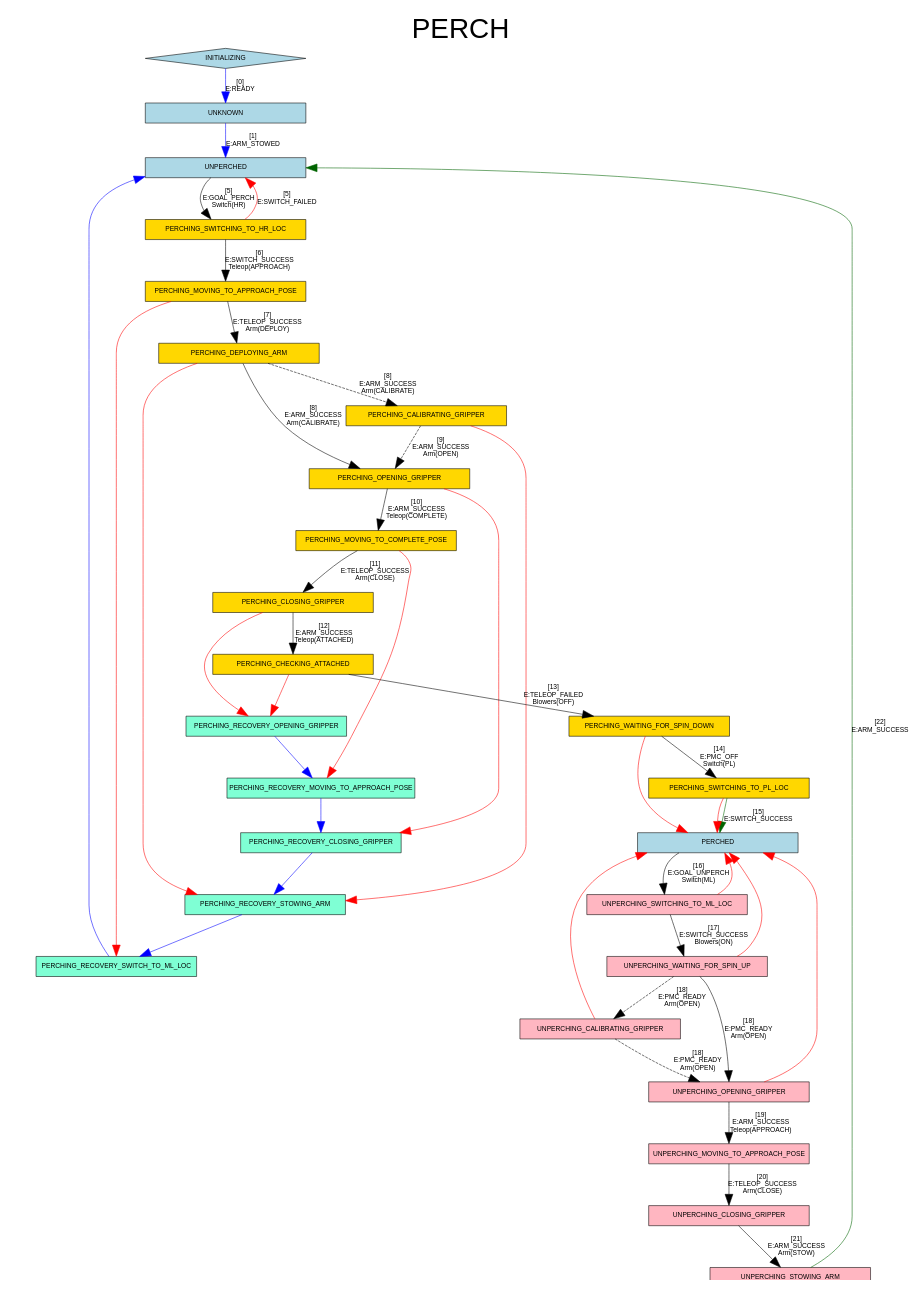
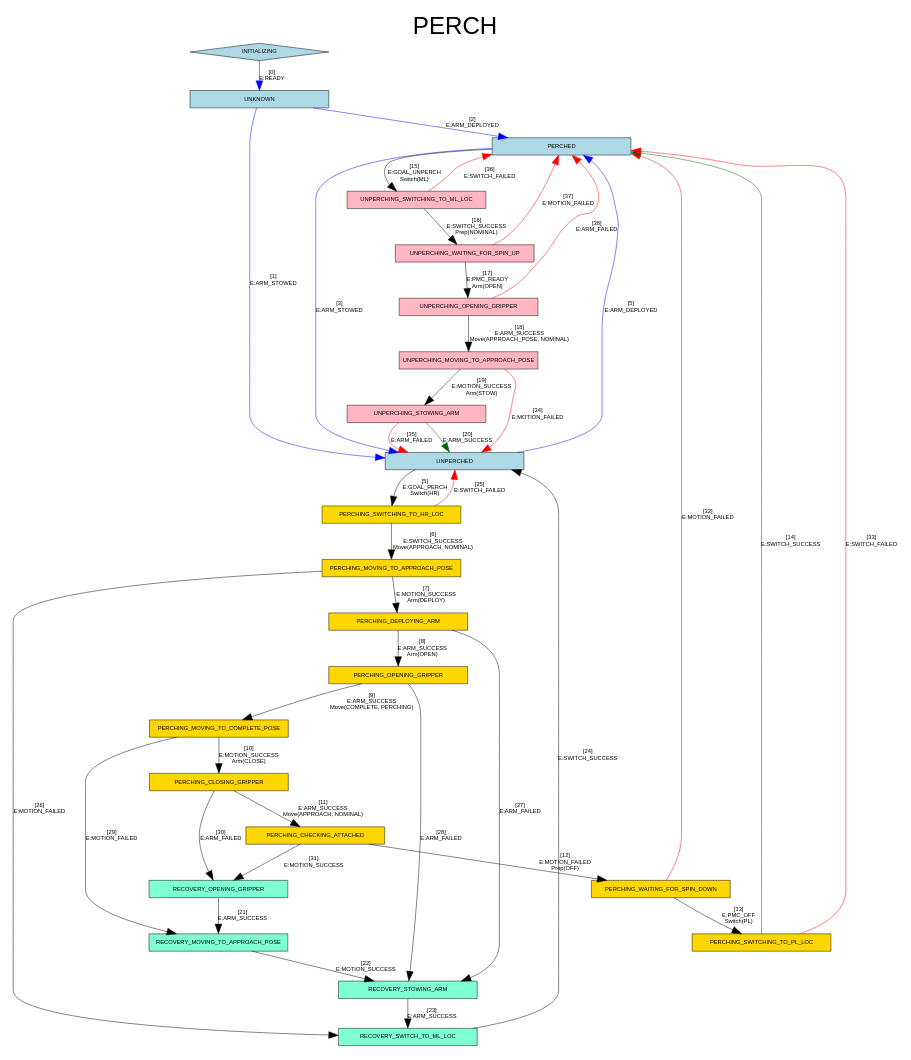
One commit to nasa/astrobee changed the diagram in behaviors/perch/perch_fsm.dot. Above: the diagram before and after it, drawn with Graphviz. The commit also changed 409 other files, not shown here.

```diff
--- a/behaviors/perch/perch_fsm.dot
+++ b/behaviors/perch/perch_fsm.dot
@@ -1,140 +1,130 @@
-# dot -Tpdf statemachine.dot -o statemachine.pdf
+# dot -Tpdf perch_fsm.dot -o perch_fsm.pdf
 digraph G {
   graph [label="PERCH\n", labelloc=t, fontsize=50];
   ratio="fill";
   size="8.3,11.7!";
   node [shape=box, width=4, fontsize=12, fontname="helvetica"];
   edge [arrowsize=2, weight=2., fontsize=12, fontname="helvetica"];
   fontname = "helvetica";
 
   node [shape=diamond, style=filled, fillcolor=lightblue, color=black];
   INITIALIZING;
 
   node [shape=box, style=filled, fillcolor=lightblue, color=black];
   UNKNOWN;
+  PERCHED;
   UNPERCHED;
-  PERCHED;
 
-  node [shape=box, style=filled, fillcolor=aquamarine, color=black]; 
-  PERCHING_RECOVERY_CLOSING_GRIPPER;
-  PERCHING_RECOVERY_STOWING_ARM;
-  PERCHING_RECOVERY_OPENING_GRIPPER;
-  PERCHING_RECOVERY_MOVING_TO_APPROACH_POSE;
-  PERCHING_RECOVERY_SWITCH_TO_ML_LOC;
+  node [shape=box, style=filled, fillcolor=aquamarine, color=black];
+  RECOVERY_OPENING_GRIPPER;
+  RECOVERY_MOVING_TO_APPROACH_POSE;
+  RECOVERY_STOWING_ARM;
+  RECOVERY_SWITCH_TO_ML_LOC;
 
   node [shape=box, style=filled, fillcolor=gold, color=black];
   PERCHING_SWITCHING_TO_HR_LOC;
   PERCHING_MOVING_TO_APPROACH_POSE;
   PERCHING_DEPLOYING_ARM;
-  PERCHING_CALIBRATING_GRIPPER;
   PERCHING_OPENING_GRIPPER;
   PERCHING_MOVING_TO_COMPLETE_POSE;
   PERCHING_CLOSING_GRIPPER;
   PERCHING_CHECKING_ATTACHED;
   PERCHING_WAITING_FOR_SPIN_DOWN;
   PERCHING_SWITCHING_TO_PL_LOC;
 
   node [shape=box, style=filled, fillcolor=lightpink, color=black];
   UNPERCHING_SWITCHING_TO_ML_LOC;
   UNPERCHING_WAITING_FOR_SPIN_UP;
-  UNPERCHING_CALIBRATING_GRIPPER;
   UNPERCHING_OPENING_GRIPPER;
   UNPERCHING_MOVING_TO_APPROACH_POSE;
-  UNPERCHING_CLOSING_GRIPPER;
   UNPERCHING_STOWING_ARM;
 
   # Transparent state changes
   INITIALIZING -> UNKNOWN
     [label="[0]\nE:READY", color=blue];
   UNKNOWN -> UNPERCHED
     [label="[1]\nE:ARM_STOWED", color=blue];
+  UNKNOWN -> PERCHED
+    [label="[2]\nE:ARM_DEPLOYED", color=blue];
+  PERCHED -> UNPERCHED
+    [label="[3]\nE:ARM_STOWED", color=blue];
+  UNPERCHED -> PERCHED
+    [label="[5]\nE:ARM_DEPLOYED", color=blue];
 
   # Nominal perch
   UNPERCHED -> PERCHING_SWITCHING_TO_HR_LOC
     [label="[5]\nE:GOAL_PERCH\nSwitch(HR)"];
   PERCHING_SWITCHING_TO_HR_LOC -> PERCHING_MOVING_TO_APPROACH_POSE
-    [label="[6]\nE:SWITCH_SUCCESS\nTeleop(APPROACH)"];
+    [label="[6]\nE:SWITCH_SUCCESS\nMove(APPROACH, NOMINAL)"];
   PERCHING_MOVING_TO_APPROACH_POSE -> PERCHING_DEPLOYING_ARM
-    [label="[7]\nE:TELEOP_SUCCESS\nArm(DEPLOY)"];
-  PERCHING_DEPLOYING_ARM -> PERCHING_CALIBRATING_GRIPPER
-    [label="[8]\nE:ARM_SUCCESS\nArm(CALIBRATE)", style=dashed];
+    [label="[7]\nE:MOTION_SUCCESS\nArm(DEPLOY)"];
   PERCHING_DEPLOYING_ARM -> PERCHING_OPENING_GRIPPER
-    [label="[8]\nE:ARM_SUCCESS\nArm(CALIBRATE)"];
-  PERCHING_CALIBRATING_GRIPPER -> PERCHING_OPENING_GRIPPER
-    [label="[9]\nE:ARM_SUCCESS\nArm(OPEN)", style=dashed];
+    [label="[8]\nE:ARM_SUCCESS\nArm(OPEN)"];
   PERCHING_OPENING_GRIPPER -> PERCHING_MOVING_TO_COMPLETE_POSE
-    [label="[10]\nE:ARM_SUCCESS\nTeleop(COMPLETE)"];
+    [label="[9]\nE:ARM_SUCCESS\nMove(COMPLETE, PERCHING)"];
   PERCHING_MOVING_TO_COMPLETE_POSE -> PERCHING_CLOSING_GRIPPER
-    [label="[11]\nE:TELEOP_SUCCESS\nArm(CLOSE)"];
+    [label="[10]\nE:MOTION_SUCCESS\nArm(CLOSE)"];
   PERCHING_CLOSING_GRIPPER -> PERCHING_CHECKING_ATTACHED
-    [label="[12]\nE:ARM_SUCCESS\nTeleop(ATTACHED)"];
-  PERCHING_CHECKING_ATTACHED -> PERCHING_WAITING_FOR_SPIN_DOWN 
-    [label="[13]\nE:TELEOP_FAILED\nBlowers(OFF)"];
+    [label="[11]\nE:ARM_SUCCESS\nMove(APPROACH, NOMINAL)"];
+  PERCHING_CHECKING_ATTACHED -> PERCHING_WAITING_FOR_SPIN_DOWN
+    [label="[12]\nE:MOTION_FAILED\nPrep(OFF)"];
   PERCHING_WAITING_FOR_SPIN_DOWN -> PERCHING_SWITCHING_TO_PL_LOC
-    [label="[14]\nE:PMC_OFF\nSwitch(PL)" ];
+    [label="[13]\nE:PMC_OFF\nSwitch(PL)" ];
   PERCHING_SWITCHING_TO_PL_LOC -> PERCHED
-    [label="[15]\nE:SWITCH_SUCCESS", color=darkgreen];
+    [label="[14]\nE:SWITCH_SUCCESS", color=darkgreen];
 
-  # Off-nominal perch
-  PERCHING_SWITCHING_TO_HR_LOC -> UNPERCHED
-    [label="[5]\nE:SWITCH_FAILED", color=red];
-  PERCHING_MOVING_TO_APPROACH_POSE -> PERCHING_RECOVERY_SWITCH_TO_ML_LOC
-    [color=red];
-  PERCHING_CALIBRATING_GRIPPER -> PERCHING_RECOVERY_STOWING_ARM
-    [color=red];
-  PERCHING_DEPLOYING_ARM -> PERCHING_RECOVERY_STOWING_ARM
-    [color=red];
-  PERCHING_OPENING_GRIPPER -> PERCHING_RECOVERY_CLOSING_GRIPPER
-    [color=red];
-  PERCHING_MOVING_TO_COMPLETE_POSE -> PERCHING_RECOVERY_MOVING_TO_APPROACH_POSE
-    [color=red];
-  PERCHING_CLOSING_GRIPPER -> PERCHING_RECOVERY_OPENING_GRIPPER
-    [color=red];
-  PERCHING_CHECKING_ATTACHED -> PERCHING_RECOVERY_OPENING_GRIPPER
-    [color=red];
-  PERCHING_WAITING_FOR_SPIN_DOWN -> PERCHED
-    [color=red];
-  PERCHING_SWITCHING_TO_PL_LOC -> PERCHED
-    [color=red];
-  PERCHING_RECOVERY_OPENING_GRIPPER -> PERCHING_RECOVERY_MOVING_TO_APPROACH_POSE
-    [color=blue];
-  PERCHING_RECOVERY_MOVING_TO_APPROACH_POSE -> PERCHING_RECOVERY_CLOSING_GRIPPER
-    [color=blue];
-  PERCHING_RECOVERY_CLOSING_GRIPPER -> PERCHING_RECOVERY_STOWING_ARM
-    [color=blue];
-  PERCHING_RECOVERY_STOWING_ARM -> PERCHING_RECOVERY_SWITCH_TO_ML_LOC
-    [color=blue];
-  PERCHING_RECOVERY_SWITCH_TO_ML_LOC -> UNPERCHED
-    [color=blue];
 
   # Nominal unperch
   PERCHED -> UNPERCHING_SWITCHING_TO_ML_LOC
-    [label="[16]\nE:GOAL_UNPERCH\nSwitch(ML)"];
+    [label="[15]\nE:GOAL_UNPERCH\nSwitch(ML)"];
   UNPERCHING_SWITCHING_TO_ML_LOC -> UNPERCHING_WAITING_FOR_SPIN_UP
-    [label="[17]\nE:SWITCH_SUCCESS\nBlowers(ON)"];
-  UNPERCHING_WAITING_FOR_SPIN_UP -> UNPERCHING_CALIBRATING_GRIPPER
-    [label="[18]\nE:PMC_READY\nArm(OPEN)", style=dashed];
-  UNPERCHING_CALIBRATING_GRIPPER -> UNPERCHING_OPENING_GRIPPER
-    [label="[18]\nE:PMC_READY\nArm(OPEN)", style=dashed];
+    [label="[16]\nE:SWITCH_SUCCESS\nPrep(NOMINAL)"];
   UNPERCHING_WAITING_FOR_SPIN_UP -> UNPERCHING_OPENING_GRIPPER
-    [label="[18]\nE:PMC_READY\nArm(OPEN)"];
+    [label="[17]\nE:PMC_READY\nArm(OPEN)"];
   UNPERCHING_OPENING_GRIPPER -> UNPERCHING_MOVING_TO_APPROACH_POSE
-    [label="[19]\nE:ARM_SUCCESS\nTeleop(APPROACH)"];
-  UNPERCHING_MOVING_TO_APPROACH_POSE -> UNPERCHING_CLOSING_GRIPPER
-    [label="[20]\nE:TELEOP_SUCCESS\nArm(CLOSE)"];
-  UNPERCHING_CLOSING_GRIPPER -> UNPERCHING_STOWING_ARM
-    [label="[21]\nE:ARM_SUCCESS\nArm(STOW)"];
+    [label="[18]\nE:ARM_SUCCESS\nMove(APPROACH_POSE, NOMINAL)"];
+  UNPERCHING_MOVING_TO_APPROACH_POSE -> UNPERCHING_STOWING_ARM
+    [label="[19]\nE:MOTION_SUCCESS\nArm(STOW)"];
   UNPERCHING_STOWING_ARM -> UNPERCHED
-    [label="[22]\nE:ARM_SUCCESS", color=darkgreen];
+    [label="[20]\nE:ARM_SUCCESS", color=darkgreen];
 
-  # Off-nominal unperch
+  # Recovery
+  RECOVERY_OPENING_GRIPPER -> RECOVERY_MOVING_TO_APPROACH_POSE
+    [label="[21]\nE:ARM_SUCCESS", color=black];
+  RECOVERY_MOVING_TO_APPROACH_POSE -> RECOVERY_STOWING_ARM
+    [label="[22]\nE:MOTION_SUCCESS", color=black];
+  RECOVERY_STOWING_ARM -> RECOVERY_SWITCH_TO_ML_LOC
+    [label="[23]\nE:ARM_SUCCESS", color=black];
+  RECOVERY_SWITCH_TO_ML_LOC -> UNPERCHED
+    [label="[24]\nE:SWITCH_SUCCESS", color=black];
+
+  # Off-nominal states
+  PERCHING_SWITCHING_TO_HR_LOC -> UNPERCHED
+    [label="[25]\nE:SWITCH_FAILED", color=red];
+  PERCHING_MOVING_TO_APPROACH_POSE -> RECOVERY_SWITCH_TO_ML_LOC
+    [label="[26]\nE:MOTION_FAILED", color=black];
+  PERCHING_DEPLOYING_ARM -> RECOVERY_STOWING_ARM
+    [label="[27]\nE:ARM_FAILED", color=black];
+  PERCHING_OPENING_GRIPPER -> RECOVERY_STOWING_ARM
+    [label="[28]\nE:ARM_FAILED", color=black];
+  PERCHING_MOVING_TO_COMPLETE_POSE -> RECOVERY_MOVING_TO_APPROACH_POSE
+    [label="[29]\nE:MOTION_FAILED", color=black];
+  PERCHING_CLOSING_GRIPPER -> RECOVERY_OPENING_GRIPPER
+    [label="[30]\nE:ARM_FAILED", color=black];
+  PERCHING_CHECKING_ATTACHED -> RECOVERY_OPENING_GRIPPER
+    [label="[31]\nE:MOTION_SUCCESS", color=black];
+  PERCHING_WAITING_FOR_SPIN_DOWN -> PERCHED
+    [label="[32]\nE:MOTION_FAILED", color=red];
+  PERCHING_SWITCHING_TO_PL_LOC -> PERCHED
+    [label="[33]\nE:SWITCH_FAILED", color=red];
+  UNPERCHING_MOVING_TO_APPROACH_POSE -> UNPERCHED
+    [label="[34]\nE:MOTION_FAILED", color=red];
+  UNPERCHING_STOWING_ARM -> UNPERCHED
+    [label="[35]\nE:ARM_FAILED", color=red];
   UNPERCHING_SWITCHING_TO_ML_LOC -> PERCHED
-    [color=red];
+    [label="[36]\nE:SWITCH_FAILED", color=red];
   UNPERCHING_WAITING_FOR_SPIN_UP -> PERCHED
-    [color=red];
-  UNPERCHING_CALIBRATING_GRIPPER -> PERCHED
-    [color=red];
+    [label="[37]\nE:MOTION_FAILED", color=red];
   UNPERCHING_OPENING_GRIPPER -> PERCHED
-    [color=red];
-
+    [label="[38]\nE:ARM_FAILED", color=red];
 }
```
